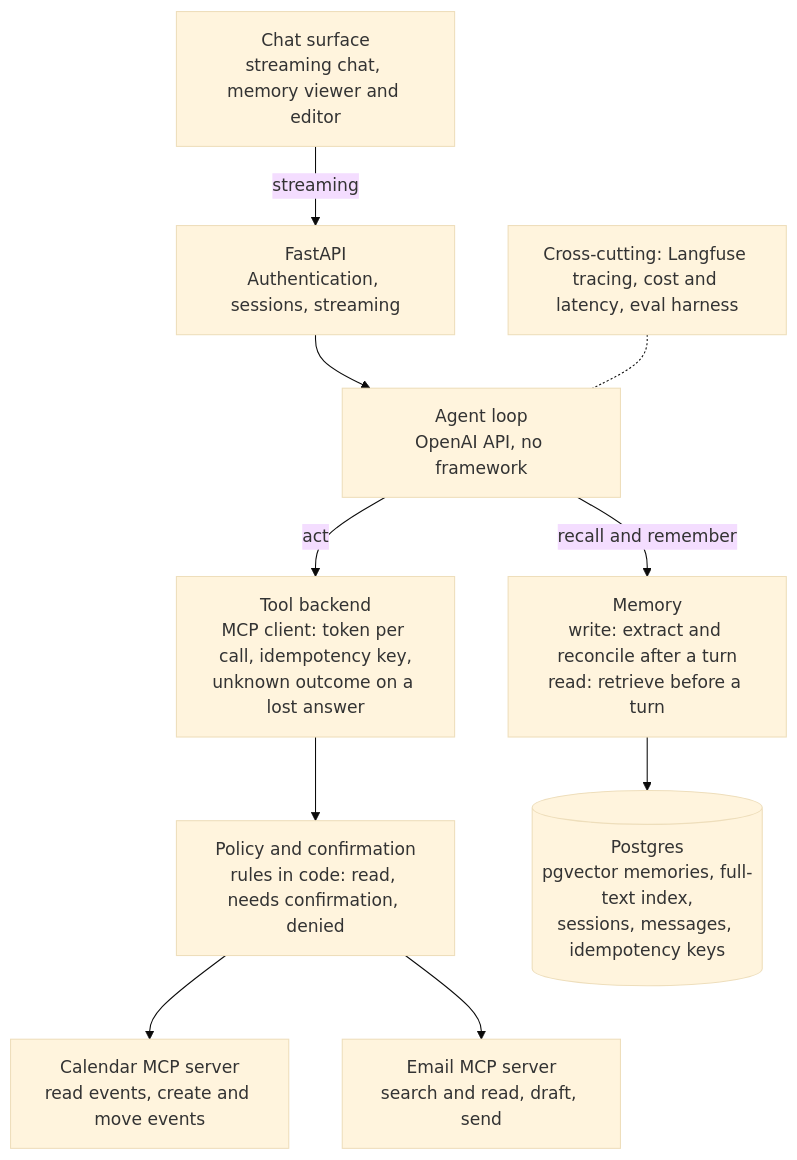
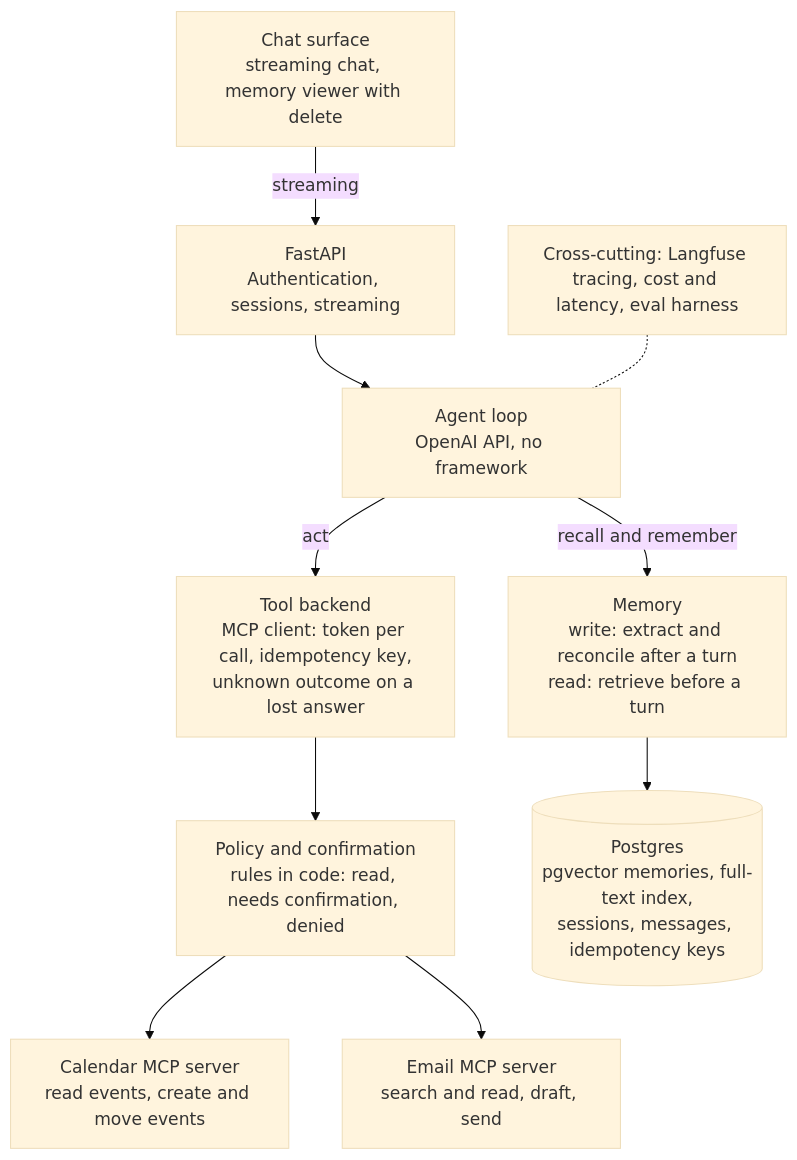
The diagram in docs/DESIGN.md (chuongtran01/personal-agent), drawn with Mermaid (base theme) before and after one commit. The commit also changed other lines of this file and 8 other files, not shown here.

Commit message:
feat: memory API with delete and events, edit and restore removed, phase 12 planned

````diff
--- a/docs/DESIGN.md
+++ b/docs/DESIGN.md
@@ -30,20 +30,20 @@
 ```mermaid
 flowchart TD
-    UI["Chat surface<br/>streaming chat, memory viewer and editor"]
+    UI["Chat surface<br/>streaming chat, memory viewer with delete"]
     API["FastAPI<br/>Authentication, sessions, streaming"]
     AGENT["Agent loop<br/>OpenAI API, no framework"]
     MEM["Memory<br/>write: extract and reconcile after a turn<br/>read: retrieve before a turn"]
     BACKEND["Tool backend<br/>MCP client: token per call, idempotency key,<br/>unknown outcome on a lost answer"]
     MCPCAL["Calendar MCP server<br/>read events, create and move events"]
     MCPMAIL["Email MCP server<br/>search and read, draft, send"]
     POLICY["Policy and confirmation<br/>rules in code: read, needs confirmation, denied"]
     PG[("Postgres<br/>pgvector memories, full-text index,<br/>sessions, messages, idempotency keys")]
     CC["Cross-cutting: Langfuse tracing, cost and latency, eval harness"]
 
     UI -->|streaming| API --> AGENT
     AGENT -->|recall and remember| MEM --> PG
     AGENT -->|act| BACKEND --> POLICY
     POLICY --> MCPCAL
     POLICY --> MCPMAIL
     CC -.- AGENT
 ```
````
